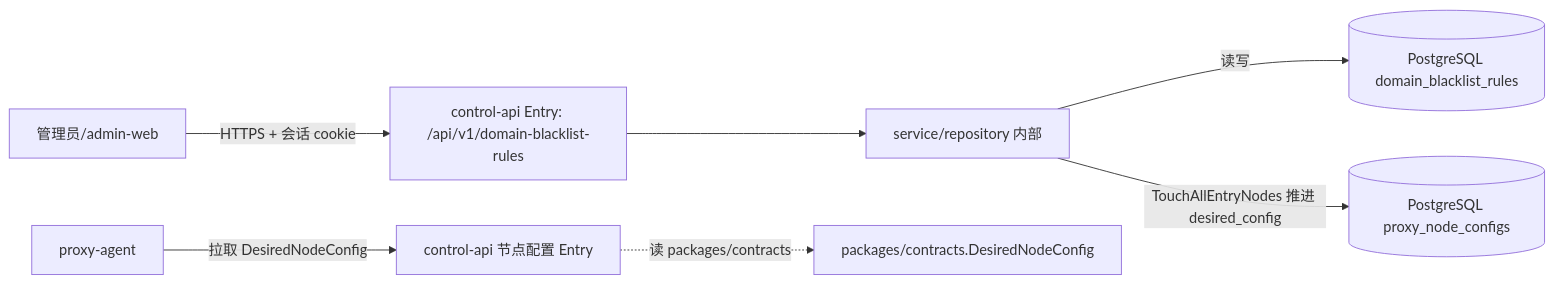
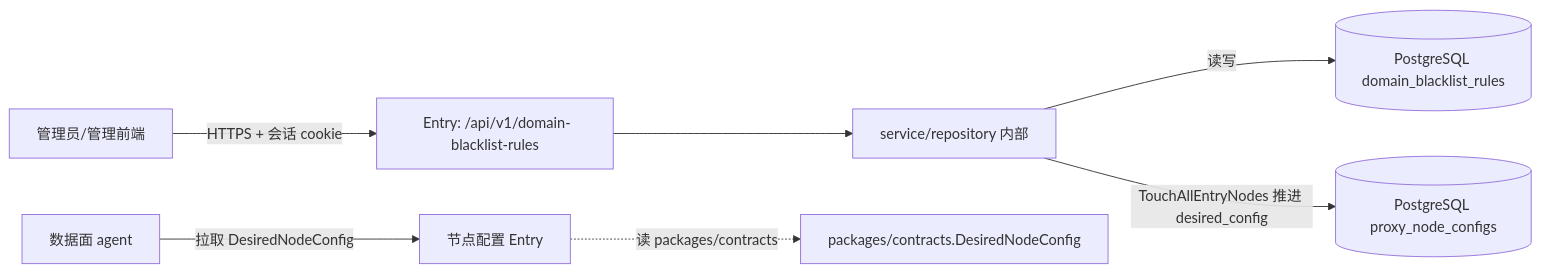
One commit to devSC/Trellis changed the second of 3 diagrams in guru-template/overlay/agents-skills/go-design-overview-writing/references/chapter-guide.md. Above: the diagram before and after it, drawn with Mermaid. The commit also changed other lines of this file and 42 other files, not shown here.

````diff
--- a/guru-template/overlay/agents-skills/go-design-overview-writing/references/chapter-guide.md
+++ b/guru-template/overlay/agents-skills/go-design-overview-writing/references/chapter-guide.md
@@ -180,9 +180,9 @@
 ```mermaid
 graph LR
-    Admin[管理员/admin-web] -->|HTTPS + 会话 cookie| Entry[control-api Entry: /api/v1/domain-blacklist-rules]
+    Admin[管理员/管理前端] -->|HTTPS + 会话 cookie| Entry[<svc> Entry: /api/v1/domain-blacklist-rules]
     Entry --> SVC[service/repository 内部]
     SVC -->|读写| PG[(PostgreSQL domain_blacklist_rules)]
     SVC -->|TouchAllEntryNodes 推进 desired_config| PG2[(PostgreSQL proxy_node_configs)]
-    Agent[proxy-agent] -->|拉取 DesiredNodeConfig| Entry2[control-api 节点配置 Entry]
+    Agent[数据面 agent] -->|拉取 DesiredNodeConfig| Entry2[<svc> 节点配置 Entry]
     Entry2 -.读 packages/contracts.-> CT[packages/contracts.DesiredNodeConfig]
 ```
````
